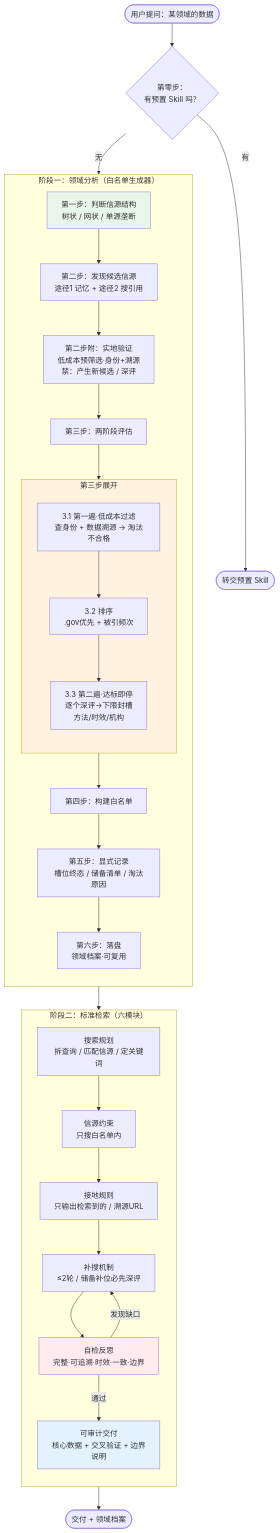
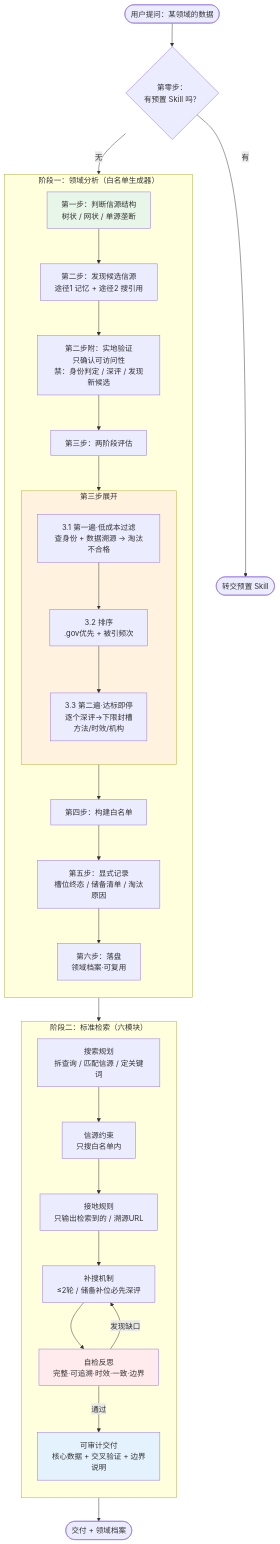
The diagram in 可信检索搭建/架构图.md (paperpoon-lang/trusted-retrieval-skills), drawn with Mermaid before and after one commit. The commit also changed 1 other file, not shown here.

Commit message:
fix: 第二步附与3.1解耦——实地验证只确认可访问性，身份+溯源归3.1

````diff
--- a/可信检索搭建/架构图.md
+++ b/可信检索搭建/架构图.md
@@ -3,49 +3,49 @@
 ```mermaid
 flowchart TD
     Q([用户提问：某领域的数据])
     
     Q --> STEP0{第零步：<br/>有预置 Skill 吗？}
     STEP0 -->|有| EXIT([转交预置 Skill])
     STEP0 -->|无| P1
     
     subgraph PHASE1["阶段一：领域分析（白名单生成器）"]
         direction TB
         P1[第一步：判断信源结构<br/>树状 / 网状 / 单源垄断]
         P1 --> P2[第二步：发现候选信源<br/>途径1 记忆 + 途径2 搜引用]
-        P2 --> P2B[第二步附：实地验证<br/>低成本预筛选·身份+溯源<br/>禁：产生新候选 / 深评]
+        P2 --> P2B[第二步附：实地验证<br/>只确认可访问性<br/>禁：身份判定 / 深评 / 发现新候选]
         P2B --> P3[第三步：两阶段评估]
         
         subgraph EVAL["第三步展开"]
             direction TB
             E1[3.1 第一遍·低成本过滤<br/>查身份 + 数据溯源 → 淘汰不合格]
             E1 --> E2[3.2 排序<br/>.gov优先 + 被引频次]
             E2 --> E3[3.3 第二遍·达标即停<br/>逐个深评→下限封槽<br/>方法/时效/机构]
         end
         
         P3 --> EVAL
         EVAL --> P4[第四步：构建白名单]
         P4 --> P5[第五步：显式记录<br/>槽位终态 / 储备清单 / 淘汰原因]
         P5 --> P6[第六步：落盘<br/>领域档案·可复用]
     end
     
     PHASE1 --> PHASE2
     
     subgraph PHASE2["阶段二：标准检索（六模块）"]
         direction TB
         S1[搜索规划<br/>拆查询 / 匹配信源 / 定关键词]
         S1 --> S2[信源约束<br/>只搜白名单内]
         S2 --> S3[接地规则<br/>只输出检索到的 / 溯源URL]
         S3 --> S4[补搜机制<br/>≤2轮 / 储备补位必先深评]
         S4 --> S5[自检反思<br/>完整·可追溯·时效·一致·边界]
         
         S5 -->|发现缺口| S4
         S5 -->|通过| S6[可审计交付<br/>核心数据 + 交叉验证 + 边界说明]
     end
     
     S6 --> Z([交付 + 领域档案])
     
     style P1 fill:#e8f5e9
     style EVAL fill:#fff3e0
     style S5 fill:#ffebee
     style S6 fill:#e3f2fd
 ```
````
